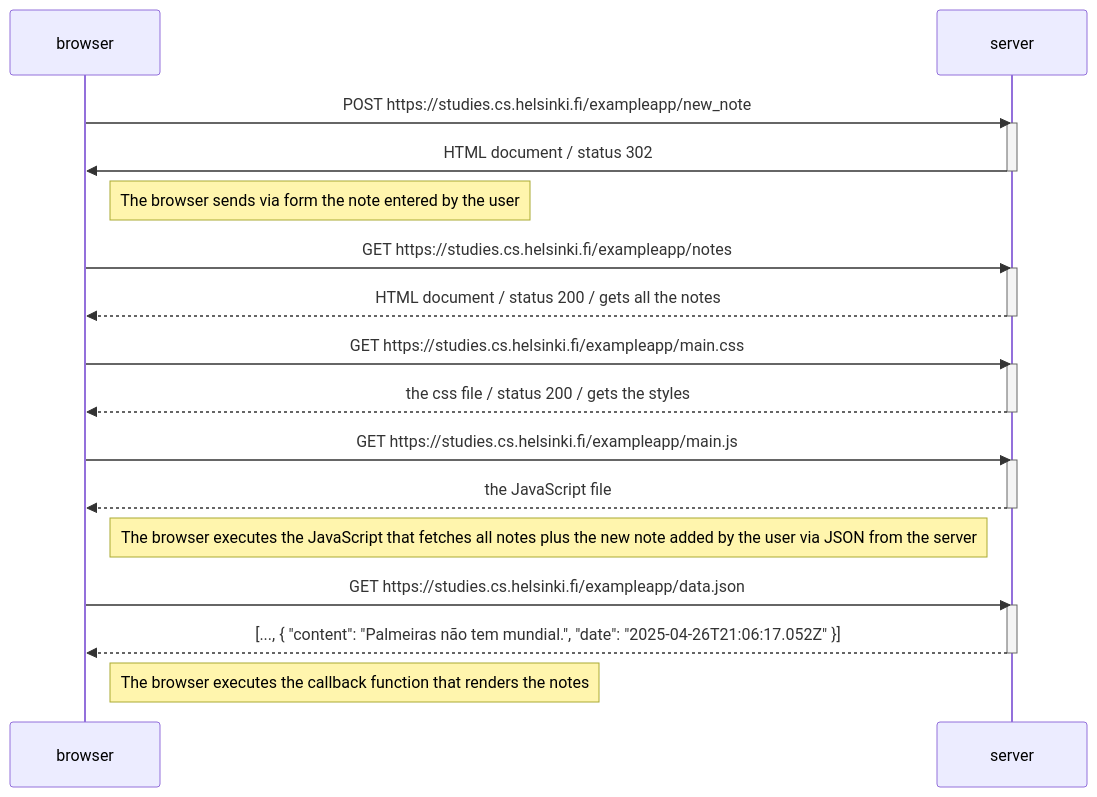
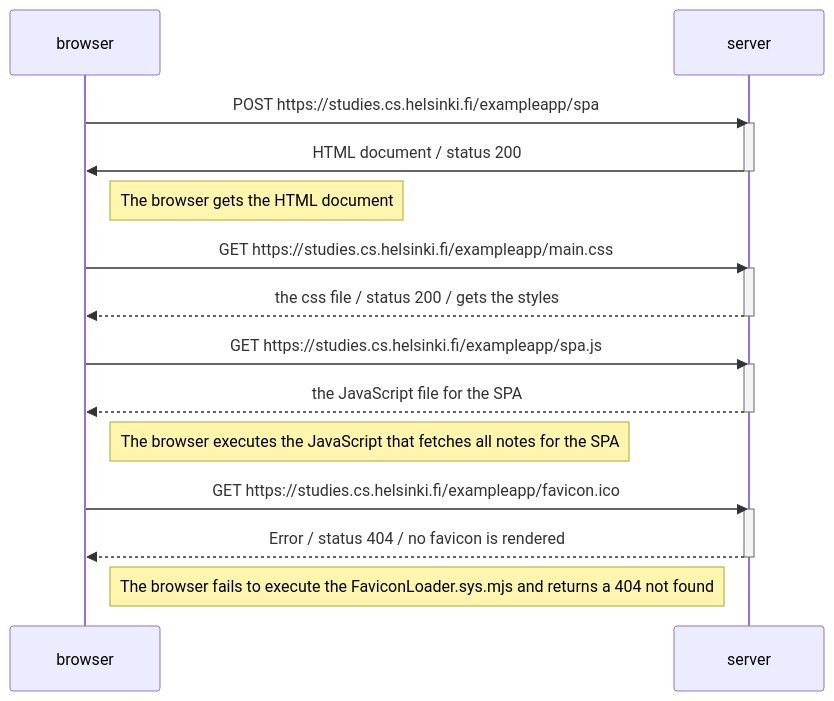
One commit to natanielporto/fullstack-open changed the diagram in 0.5-spa-diagram/note-graph.md. Above: the diagram before and after it, drawn with Mermaid.

Commit message:
add second exercise

````diff
--- a/0.5-spa-diagram/note-graph.md
+++ b/0.5-spa-diagram/note-graph.md
@@ -1,37 +1,32 @@
 ```mermaid
 sequenceDiagram
   participant browser
   participant server
 
-  browser->>server: POST https://studies.cs.helsinki.fi/exampleapp/new_note
+  browser->>server: POST https://studies.cs.helsinki.fi/exampleapp/spa
   activate server
-  server->>browser: HTML document / status 302
+  server->>browser: HTML document / status 200
   deactivate server
 
-  Note right of browser: The browser sends via form the note entered by the user
-
-  browser->>server: GET https://studies.cs.helsinki.fi/exampleapp/notes
-  activate server
-  server-->>browser: HTML document / status 200 / gets all the notes
-  deactivate server
+  Note right of browser: The browser gets the HTML document
 
   browser->>server: GET https://studies.cs.helsinki.fi/exampleapp/main.css
   activate server
   server-->>browser: the css file / status 200 / gets the styles
   deactivate server
 
-  browser->>server: GET https://studies.cs.helsinki.fi/exampleapp/main.js
+  browser->>server: GET https://studies.cs.helsinki.fi/exampleapp/spa.js
   activate server
-  server-->>browser: the JavaScript file
+  server-->>browser: the JavaScript file for the SPA
   deactivate server
 
-  Note right of browser: The browser executes the JavaScript that fetches all notes plus the new note added by the user via JSON from the server
+  Note right of browser: The browser executes the JavaScript that fetches all notes for the SPA
 
-  browser->>server: GET https://studies.cs.helsinki.fi/exampleapp/data.json
+  browser->>server: GET https://studies.cs.helsinki.fi/exampleapp/favicon.ico
   activate server
-  server-->>browser: [..., { "content": "Palmeiras não tem mundial.", "date": "2025-04-26T21:06:17.052Z" }]
+  server-->>browser: Error / status 404 / no favicon is rendered
   deactivate server
 
-  Note right of browser: The browser executes the callback function that renders the notes
+  Note right of browser: The browser fails to execute the FaviconLoader.sys.mjs and returns a 404 not found
 
 ```
````
